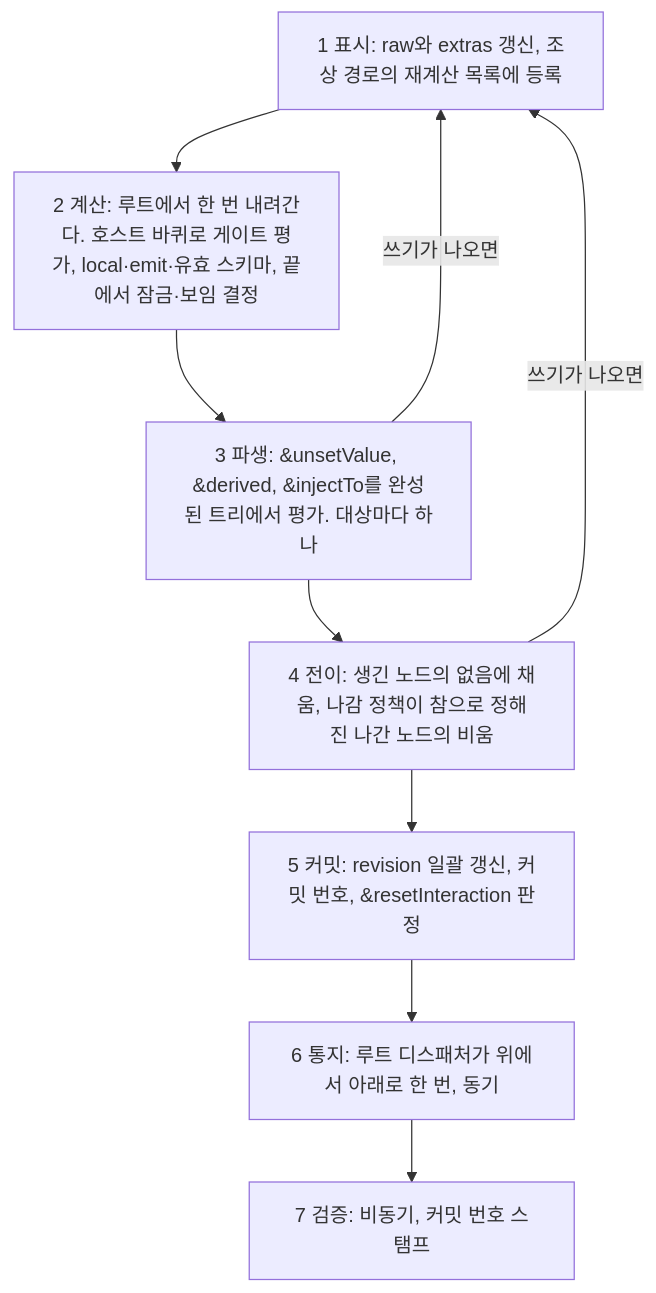
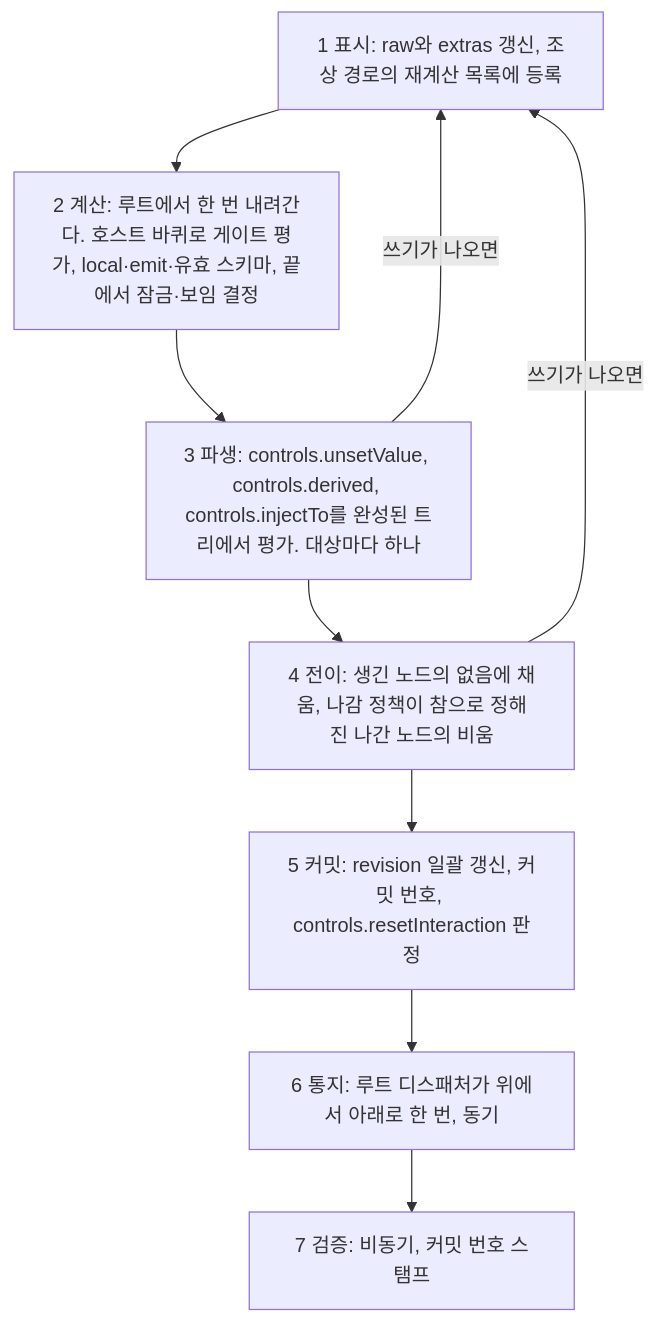
One commit to vincent-kk/albatrion changed the first of 2 diagrams in packages/canard/schema-form/architecture/08-design-a-to-z.md. Above: the diagram before and after it, drawn with Mermaid. The commit also changed other lines of this file and 25 other files, not shown here.

First line of the commit message:
docs(schema-form): update architecture documents for design review round 15

````diff
--- a/packages/canard/schema-form/architecture/08-design-a-to-z.md
+++ b/packages/canard/schema-form/architecture/08-design-a-to-z.md
@@ -209,15 +224,15 @@
 ```mermaid
 flowchart TD
   markStep["1 표시: raw와 extras 갱신, 조상 경로의 재계산 목록에 등록"]
   computeStep["2 계산: 루트에서 한 번 내려간다. 호스트 바퀴로 게이트 평가, local·emit·유효 스키마, 끝에서 잠금·보임 결정"]
-  deriveStep["3 파생: &unsetValue, &derived, &injectTo를 완성된 트리에서 평가. 대상마다 하나"]
+  deriveStep["3 파생: controls.unsetValue, controls.derived, controls.injectTo를 완성된 트리에서 평가. 대상마다 하나"]
   transitionStep["4 전이: 생긴 노드의 없음에 채움, 나감 정책이 참으로 정해진 나간 노드의 비움"]
-  commitStep["5 커밋: revision 일괄 갱신, 커밋 번호, &resetInteraction 판정"]
+  commitStep["5 커밋: revision 일괄 갱신, 커밋 번호, controls.resetInteraction 판정"]
   notifyStep["6 통지: 루트 디스패처가 위에서 아래로 한 번, 동기"]
   validateStep["7 검증: 비동기, 커밋 번호 스탬프"]
   markStep --> computeStep --> deriveStep
   deriveStep -->|"쓰기가 나오면"| markStep
   deriveStep --> transitionStep
   transitionStep -->|"쓰기가 나오면"| markStep
   transitionStep --> commitStep --> notifyStep --> validateStep
 ```
````
